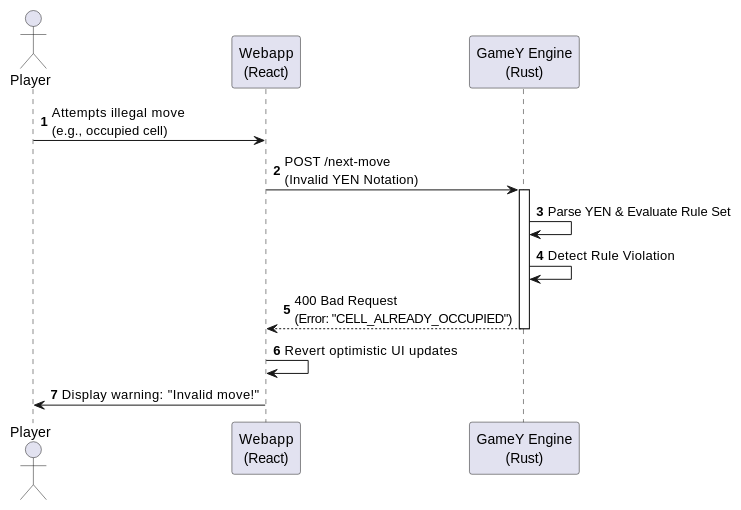
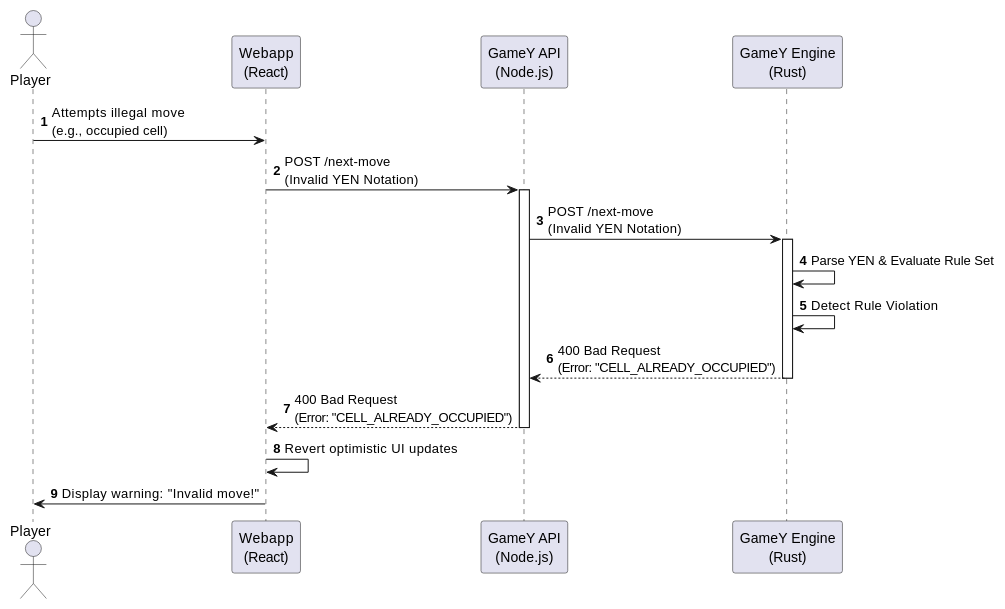
One commit to Arquisoft/yovi_en1a changed the fifth of 5 diagrams in docs/src/06_runtime_view.adoc. Above: the diagram before and after it, drawn with PlantUML. The commit also changed other lines of this file, not shown here.

```diff
--- a/docs/src/06_runtime_view.adoc
+++ b/docs/src/06_runtime_view.adoc
@@ -151,22 +168,27 @@
 [plantuml, target="invalid-move", format="png"]
 ----
 @startuml
 autonumber
 actor "Player" as User
 participant "Webapp\n(React)" as UI
+participant "GameY API\n(Node.js)" as API
 participant "GameY Engine\n(Rust)" as Rust
 
 User -> UI : Attempts illegal move\n(e.g., occupied cell)
-UI -> Rust : POST /next-move \n(Invalid YEN Notation)
+UI -> API : POST /next-move \n(Invalid YEN Notation)
+activate API
+API -> Rust : POST /next-move \n(Invalid YEN Notation)
 activate Rust
 
 Rust -> Rust : Parse YEN & Evaluate Rule Set
 Rust -> Rust : Detect Rule Violation 
 
-Rust --> UI : 400 Bad Request \n(Error: "CELL_ALREADY_OCCUPIED")
+Rust --> API : 400 Bad Request \n(Error: "CELL_ALREADY_OCCUPIED")
 deactivate Rust
+API --> UI : 400 Bad Request \n(Error: "CELL_ALREADY_OCCUPIED")
+deactivate API
 
 UI -> UI : Revert optimistic UI updates
 UI -> User : Display warning: "Invalid move!"
 @enduml
 ----
```
